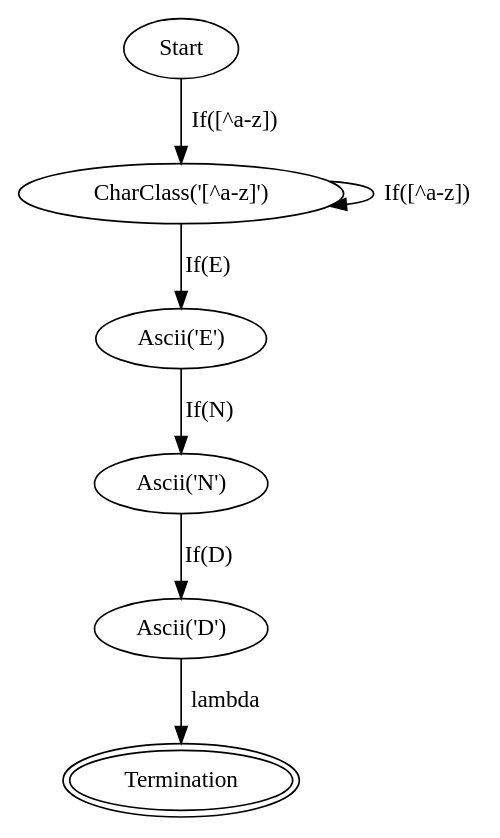
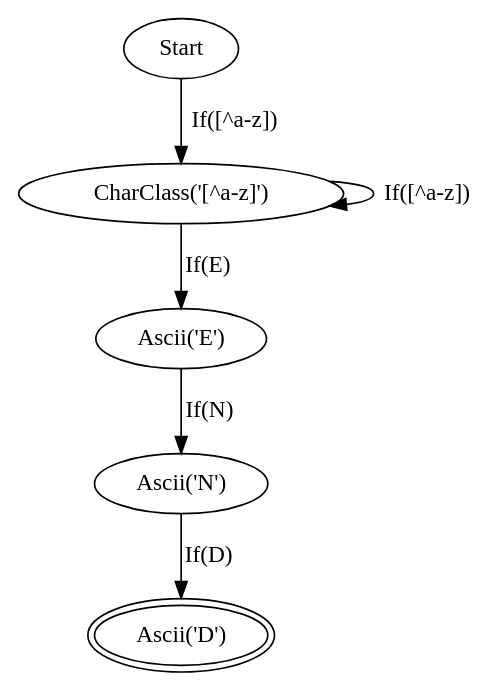
The diagram in examples/pattern7.dot (kerfmanner/Regex_FSM), drawn with Graphviz before and after one commit. The commit also changed 14 other files, not shown here.

```diff
--- a/examples/pattern7.dot
+++ b/examples/pattern7.dot
@@ -1,14 +1,12 @@
 digraph FSM {
 node0 [label="Start"];
 node0 -> node1 [label="If([^a-z])"];
 node1 [label="CharClass('[^a-z]')"];
 node1 -> node1 [label="If([^a-z])"];
 node1 -> node2 [label="If(E)"];
 node2 [label="Ascii('E')"];
 node2 -> node3 [label="If(N)"];
 node3 [label="Ascii('N')"];
 node3 -> node4 [label="If(D)"];
-node4 [label="Ascii('D')"];
-node4 -> node5 [label="lambda"];
-node5 [label="Termination", peripheries=2];
+node4 [label="Ascii('D')", peripheries=2];
 }
```
